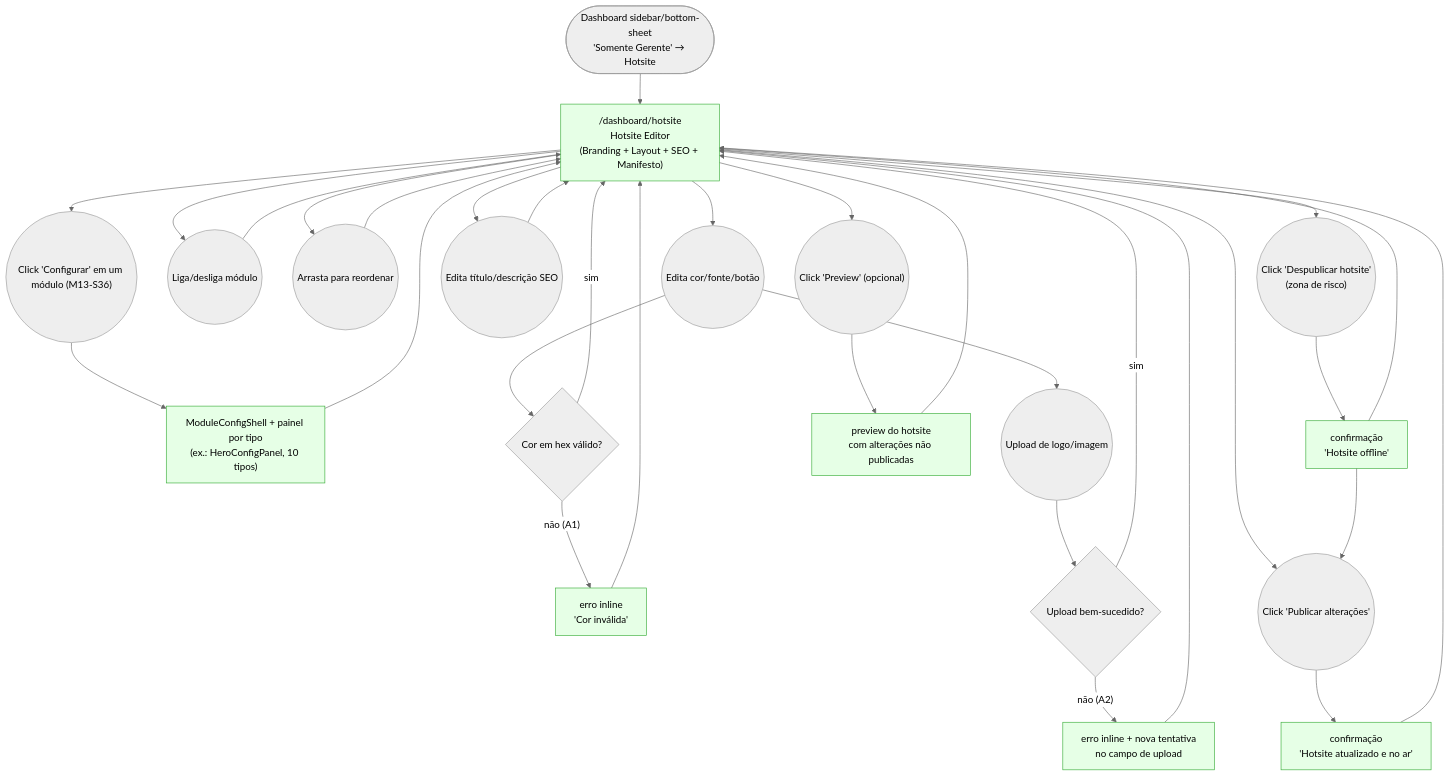
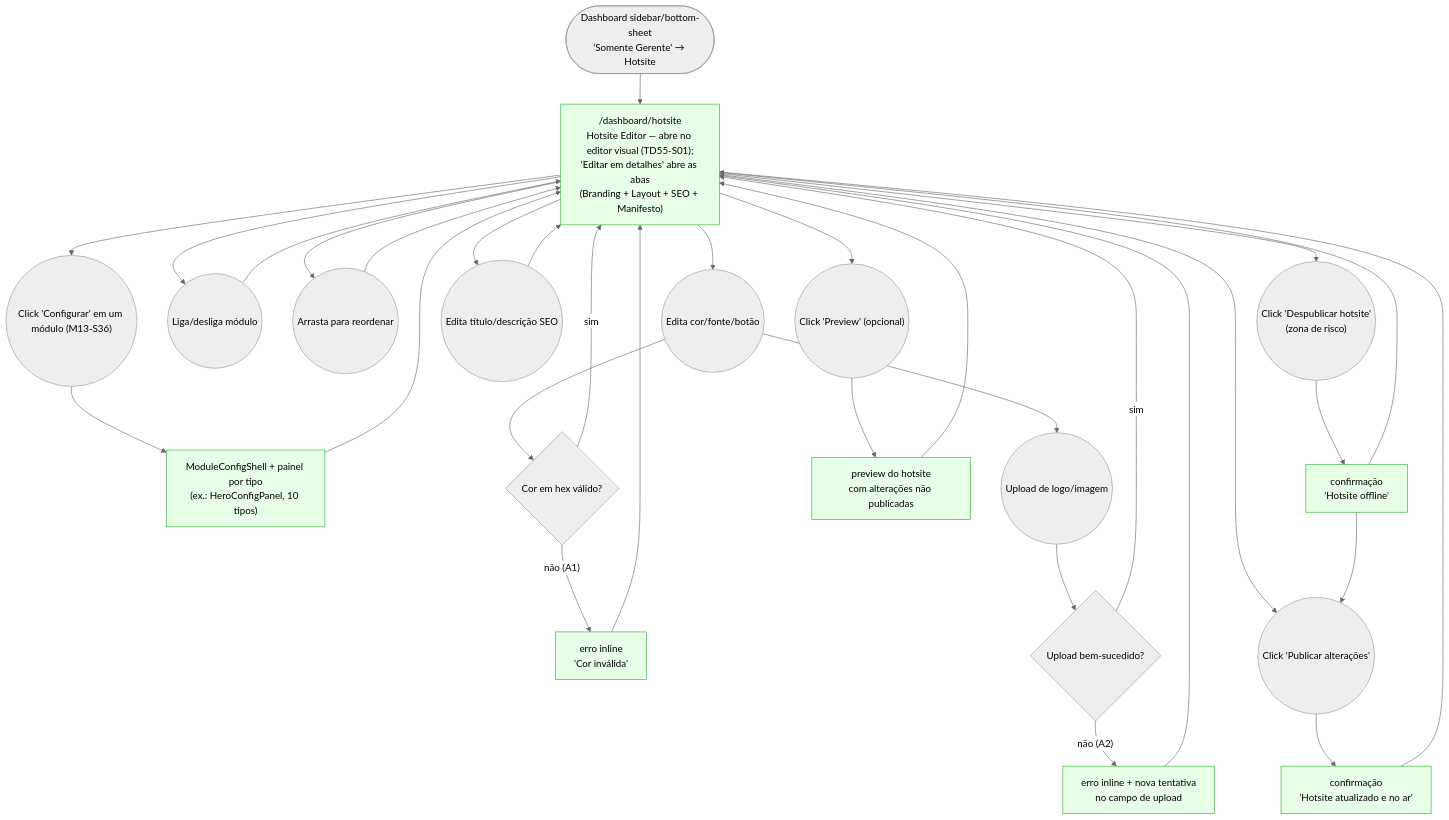
Before and after one commit to lmmoreira/ikaro: the diagram in journeys/manager/hotsite.md, drawn with Mermaid (neutral theme). The commit also changed other lines of this file and 30 other files, not shown here.

First line of the commit message:
feat(platform): make the persistent visual editor the default hotsite editor (TD55-S01) (#654)

````diff
--- a/journeys/manager/hotsite.md
+++ b/journeys/manager/hotsite.md
@@ -10,45 +10,45 @@
 ```mermaid
 flowchart TD
     classDef existing fill:#e6ffe6,stroke:#3a3
     classDef gap stroke:#f00,stroke-dasharray: 5 5,fill:#fee
 
-    Start(["Dashboard sidebar/bottom-sheet<br/>'Somente Gerente' → Hotsite"]) --> Editor["/dashboard/hotsite<br/>Hotsite Editor<br/>(Branding + Layout + SEO + Manifesto)"]
+    Start(["Dashboard sidebar/bottom-sheet<br/>'Somente Gerente' → Hotsite"]) --> Editor["/dashboard/hotsite<br/>Hotsite Editor — abre no editor visual (TD55-S01);<br/>'Editar em detalhes' abre as abas<br/>(Branding + Layout + SEO + Manifesto)"]
 
     Editor --> EditBranding(("Edita cor/fonte/botão"))
     Editor --> ToggleModule(("Liga/desliga módulo"))
     Editor --> ReorderModule(("Arrasta para reordenar"))
     Editor --> ConfigModule(("Click 'Configurar' em um módulo (M13-S36)"))
     ConfigModule --> ModuleConfig["ModuleConfigShell + painel por tipo<br/>(ex.: HeroConfigPanel, 10 tipos)"]
     ModuleConfig --> Editor
     Editor --> EditSeo(("Edita título/descrição SEO"))
 
     EditBranding --> ColorValid{"Cor em hex válido?"}
     ColorValid -- "não (A1)" --> ColorError["erro inline<br/>'Cor inválida'"]
     ColorError --> Editor
     ColorValid -- "sim" --> Editor
 
     EditBranding --> ImageUpload(("Upload de logo/imagem"))
     ImageUpload --> UploadOk{"Upload bem-sucedido?"}
     UploadOk -- "não (A2)" --> UrlFallback["erro inline + nova tentativa<br/>no campo de upload"]
     UrlFallback --> Editor
     UploadOk -- "sim" --> Editor
 
     ToggleModule --> Editor
     ReorderModule --> Editor
     EditSeo --> Editor
 
     Editor --> PreviewBtn(("Click 'Preview' (opcional)"))
     PreviewBtn --> PreviewPane["preview do hotsite<br/>com alterações não publicadas"]
     PreviewPane --> Editor
 
     Editor --> PublishBtn(("Click 'Publicar alterações'"))
     PublishBtn --> PublishSuccess["confirmação<br/>'Hotsite atualizado e no ar'"]
     PublishSuccess --> Editor
 
     Editor --> UnpublishBtn(("Click 'Despublicar hotsite'<br/>(zona de risco)"))
     UnpublishBtn --> UnpublishSuccess["confirmação<br/>'Hotsite offline'"]
     UnpublishSuccess --> PublishBtn
     UnpublishSuccess --> Editor
 
     class Editor,ColorError,UrlFallback,PreviewPane,PublishSuccess,UnpublishSuccess,ModuleConfig existing
 ```
````
